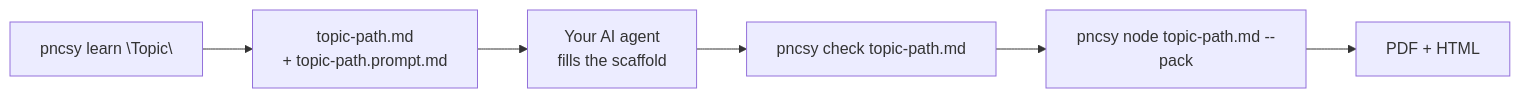
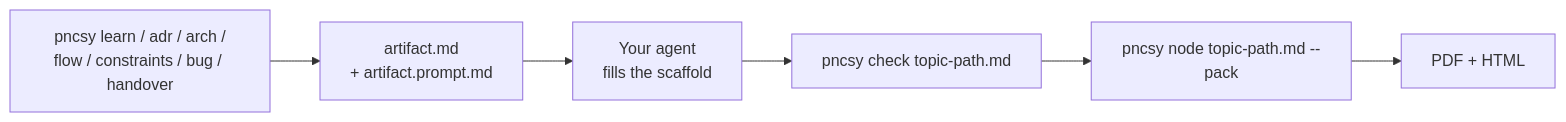
One commit to kushjaggi/pncsy changed the diagram in README.md. Above: the diagram before and after it, drawn with Mermaid. The commit also changed other lines of this file and 27 other files, not shown here.

````diff
--- a/README.md
+++ b/README.md
@@ -38,8 +40,8 @@
 ```mermaid
 flowchart LR
-  A["pncsy learn \"Topic\""] --> B["topic-path.md\n+ topic-path.prompt.md"]
-  B --> C["Your AI agent\nfills the scaffold"]
+  A["pncsy learn / adr / arch /\nflow / constraints / bug / handover"] --> B["artifact.md\n+ artifact.prompt.md"]
+  B --> C["Your agent\nfills the scaffold"]
   C --> D["pncsy check topic-path.md"]
   D --> E["pncsy node topic-path.md --pack"]
   E --> F["PDF + HTML"]
 ```
````
